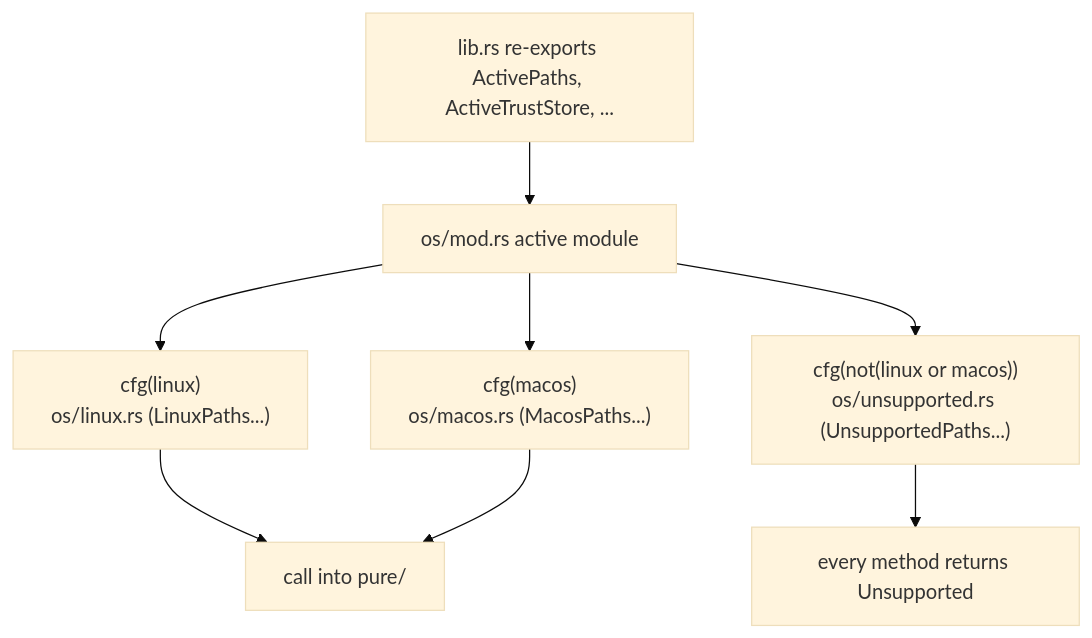
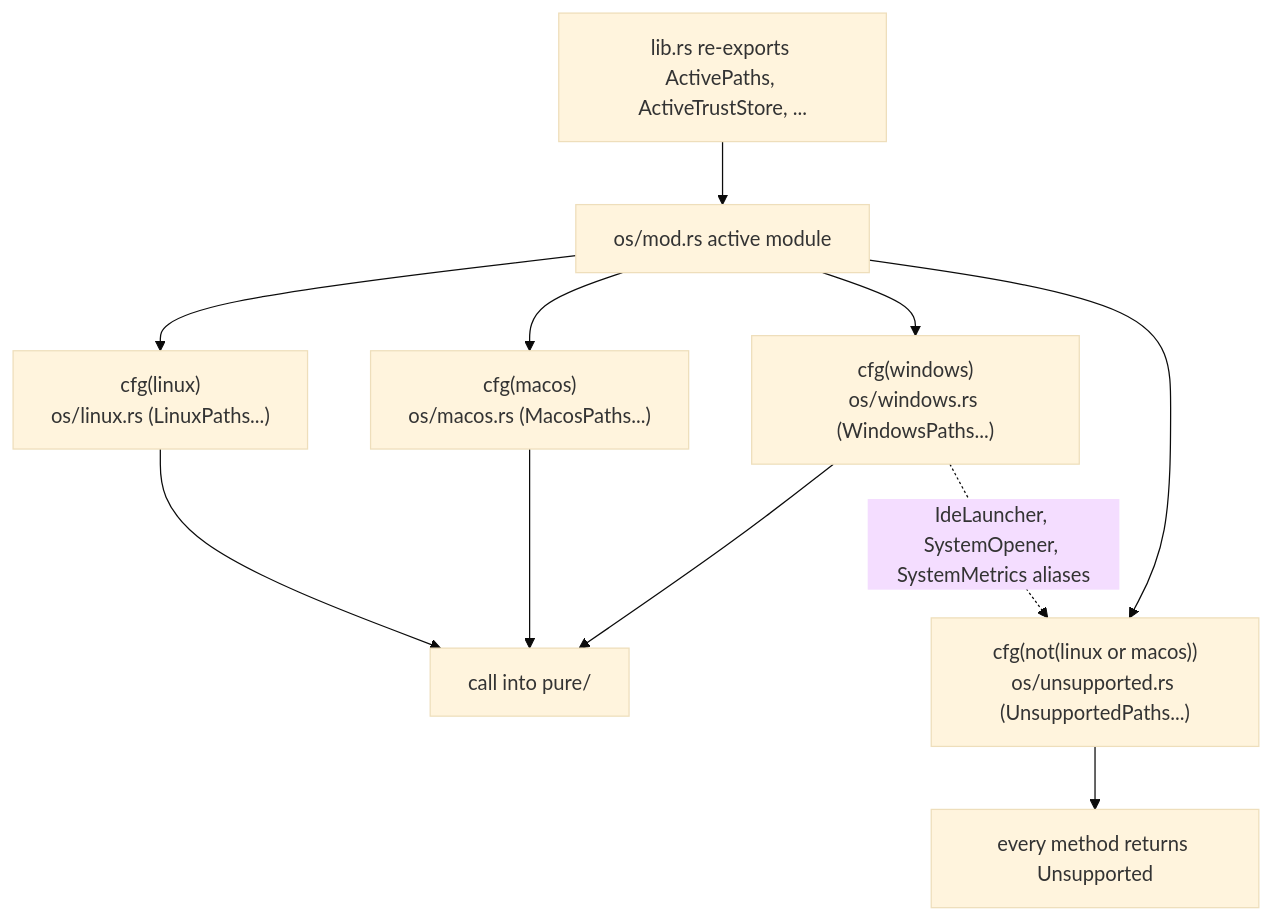
One commit to forjedio/yerd changed the diagram in docs/developer/cross-platform.md. Above: the diagram before and after it, drawn with Mermaid (base theme). The commit also changed other lines of this file and 37 other files, not shown here.

````diff
--- a/docs/developer/cross-platform.md
+++ b/docs/developer/cross-platform.md
@@ -80,18 +84,22 @@
 ```mermaid
 flowchart TD
     Lib["lib.rs re-exports ActivePaths, ActiveTrustStore, ..."]
     Mod["os/mod.rs active module"]
     Linux["cfg(linux)<br/>os/linux.rs (LinuxPaths...)"]
     Macos["cfg(macos)<br/>os/macos.rs (MacosPaths...)"]
+    Windows["cfg(windows)<br/>os/windows.rs (WindowsPaths...)"]
     Unsupported["cfg(not(linux or macos))<br/>os/unsupported.rs (UnsupportedPaths...)"]
     Pure["call into pure/"]
     Unsup["every method returns Unsupported"]
 
     Lib --> Mod
     Mod --> Linux
     Mod --> Macos
+    Mod --> Windows
     Mod --> Unsupported
     Linux --> Pure
     Macos --> Pure
+    Windows --> Pure
+    Windows -.->|"IdeLauncher, SystemOpener, SystemMetrics aliases"| Unsupported
     Unsupported --> Unsup
 ```
````
